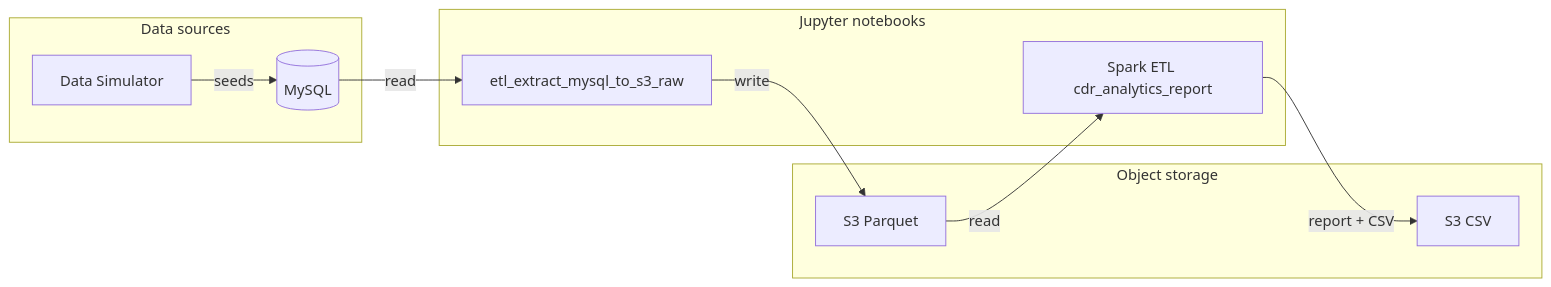
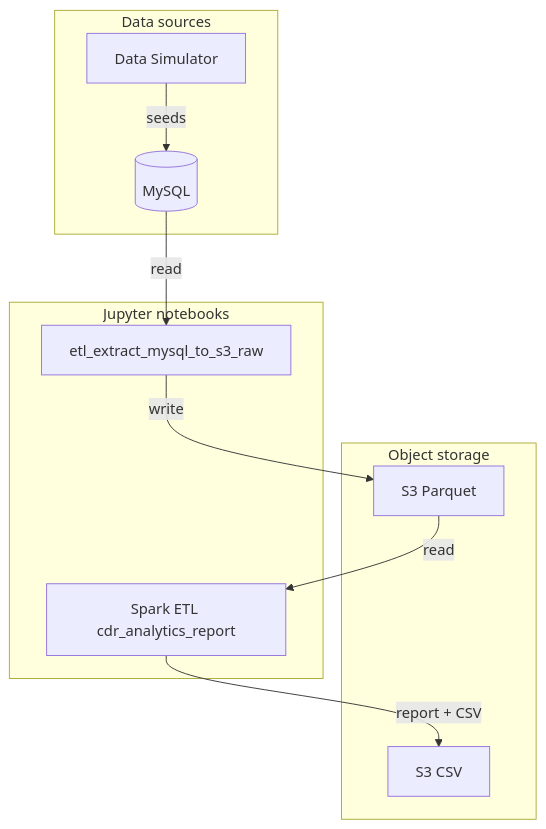
One commit to mabehiro/spark-etl-ods-demo changed the diagram in README.md. Above: the diagram before and after it, drawn with Mermaid.

Commit message:
Change flowchart direction from LR to TB

````diff
--- a/README.md
+++ b/README.md
@@ -12,21 +12,21 @@
 ```mermaid
-flowchart LR
+flowchart TB
   subgraph sources [Data sources]
     DataSimulator[Data Simulator]
     MySQL[(MySQL)]
   end
   subgraph storage [Object storage]
     S3Parquet[S3 Parquet]
     S3CSV[S3 CSV]
   end
   subgraph notebooks [Jupyter notebooks]
     ExtractNb[etl_extract_mysql_to_s3_raw]
     AnalyticsNb[Spark ETL cdr_analytics_report]
   end
 
   DataSimulator -->|seeds| MySQL
   MySQL -->|read| ExtractNb
   ExtractNb -->|write| S3Parquet
   S3Parquet -->|read| AnalyticsNb
   AnalyticsNb -->|report + CSV| S3CSV
 ```
````
